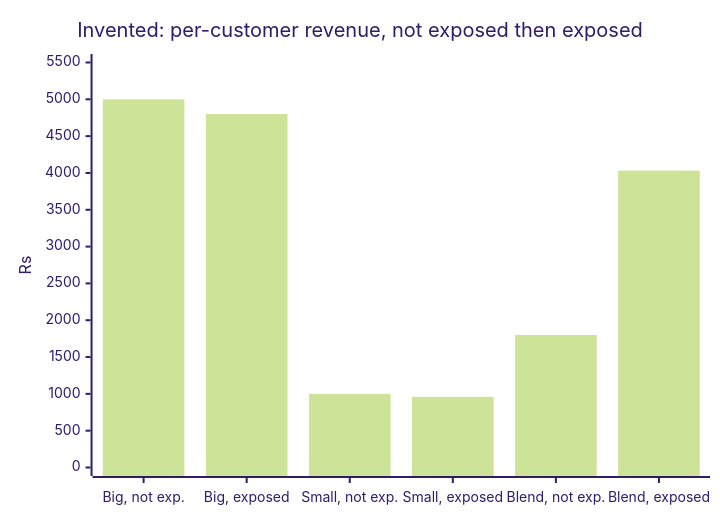
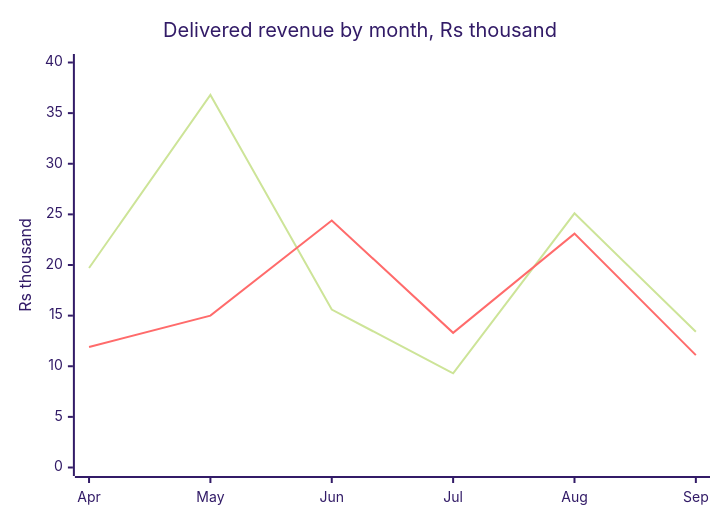
One commit to fde-academy-lab/c2-content-factory changed the fifth of 15 diagrams in content/W01/D4/slides/C2_W01_D04_half2_STUDENT.md. Above: the diagram before and after it, drawn with Mermaid (forest theme). The commit also changed other lines of this file and 13 other files, not shown here.

````diff
--- a/content/W01/D4/slides/C2_W01_D04_half2_STUDENT.md
+++ b/content/W01/D4/slides/C2_W01_D04_half2_STUDENT.md
@@ -149,7 +174,8 @@
 ```mermaid
 xychart-beta
-    title "Invented: per-customer revenue, not exposed then exposed"
-    x-axis ["Big, not exp.", "Big, exposed", "Small, not exp.", "Small, exposed", "Blend, not exp.", "Blend, exposed"]
-    y-axis "Rs" 0 --> 5500
-    bar [5000, 4800, 1000, 960, 1800, 4032]
+    title "Delivered revenue by month, Rs thousand"
+    x-axis ["Apr", "May", "Jun", "Jul", "Aug", "Sep"]
+    y-axis "Rs thousand" 0 --> 40
+    line [19.7, 36.8, 15.6, 9.3, 25.1, 13.4]
+    line [11.9, 15.0, 24.4, 13.3, 23.1, 11.1]
 ```
````
